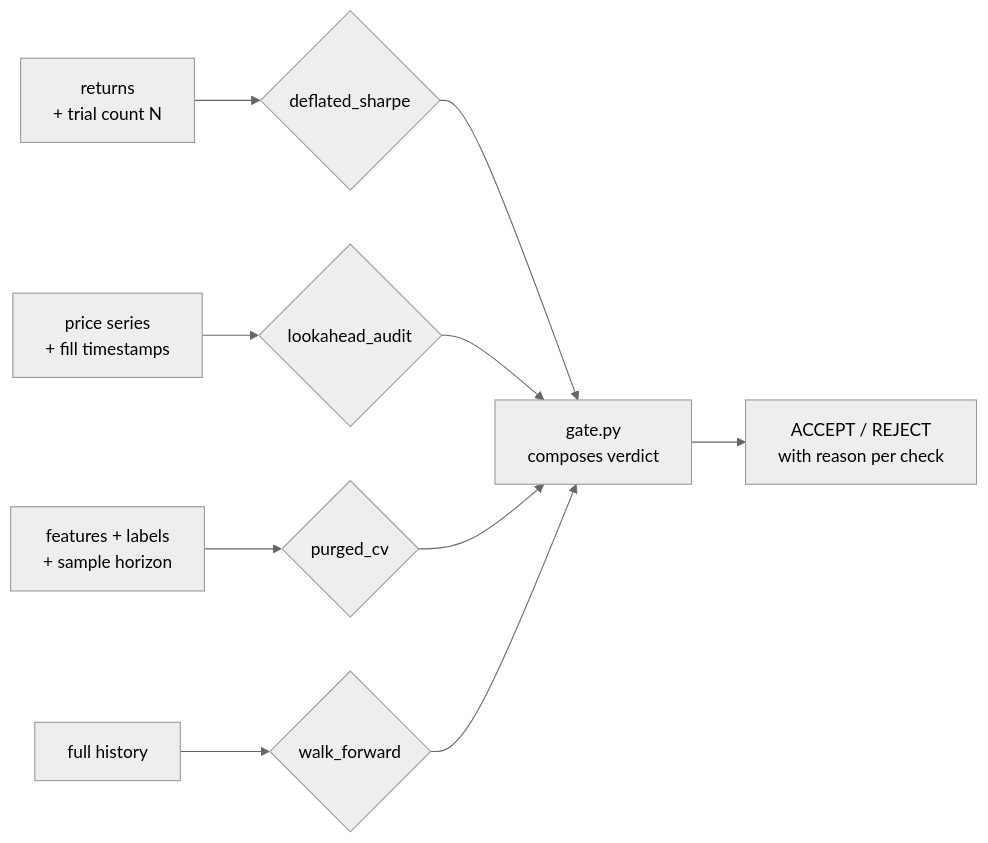
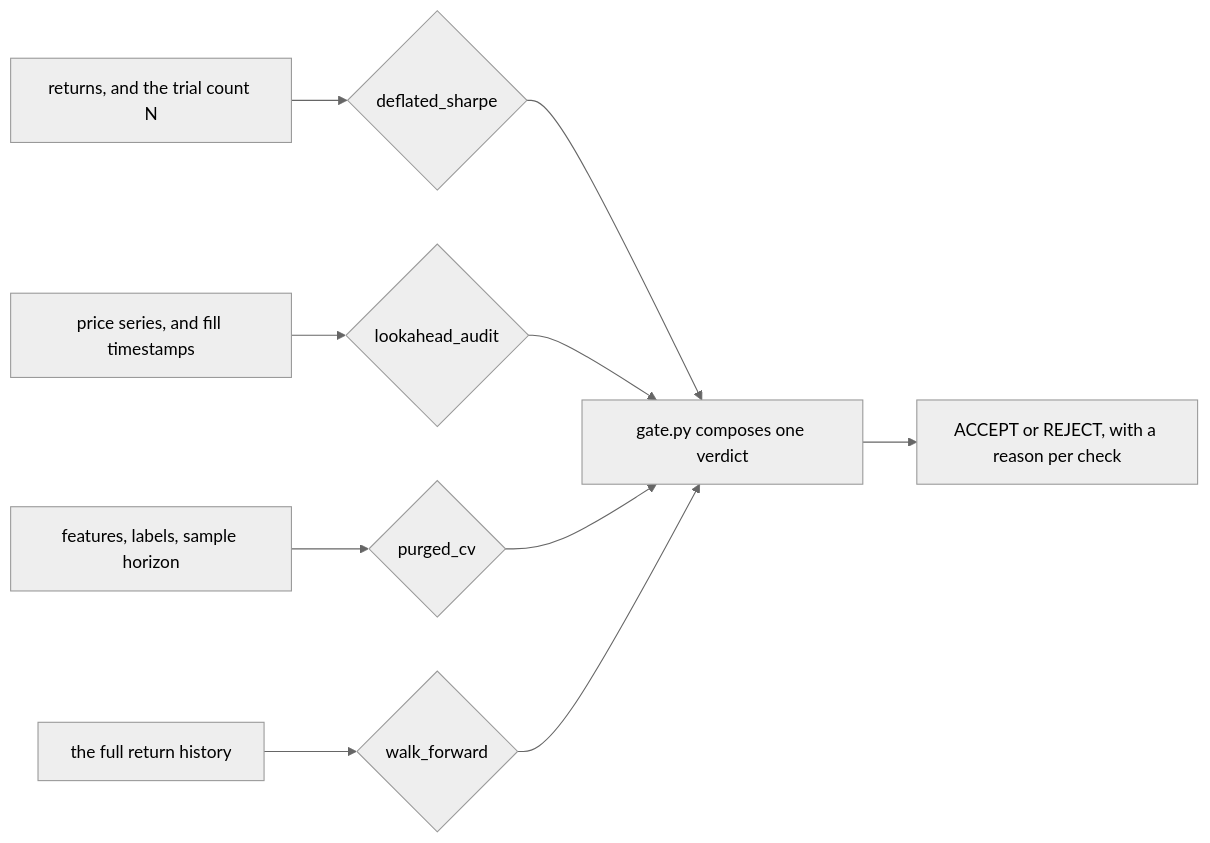
Before and after one commit to vzchang/signalguard: the diagram in README.md, drawn with Mermaid (neutral theme). The commit also changed other lines of this file and 26 other files, not shown here.

````diff
--- a/README.md
+++ b/README.md
@@ -122,9 +120,12 @@
 ```mermaid
 flowchart LR
-    A["returns<br/>+ trial count N"] --> B{deflated_sharpe}
-    A2["price series<br/>+ fill timestamps"] --> C{lookahead_audit}
-    A3["features + labels<br/>+ sample horizon"] --> D{purged_cv}
-    A4["full history"] --> E{walk_forward}
-    B & C & D & E --> F["gate.py<br/>composes verdict"]
-    F --> G["ACCEPT / REJECT<br/>with reason per check"]
+    A1["returns, and the trial count N"] --> C1{"deflated_sharpe"}
+    A2["price series, and fill timestamps"] --> C2{"lookahead_audit"}
+    A3["features, labels, sample horizon"] --> C3{"purged_cv"}
+    A4["the full return history"] --> C4{"walk_forward"}
+    C1 --> G["gate.py composes one verdict"]
+    C2 --> G
+    C3 --> G
+    C4 --> G
+    G --> V["ACCEPT or REJECT, with a reason per check"]
 ```
````
